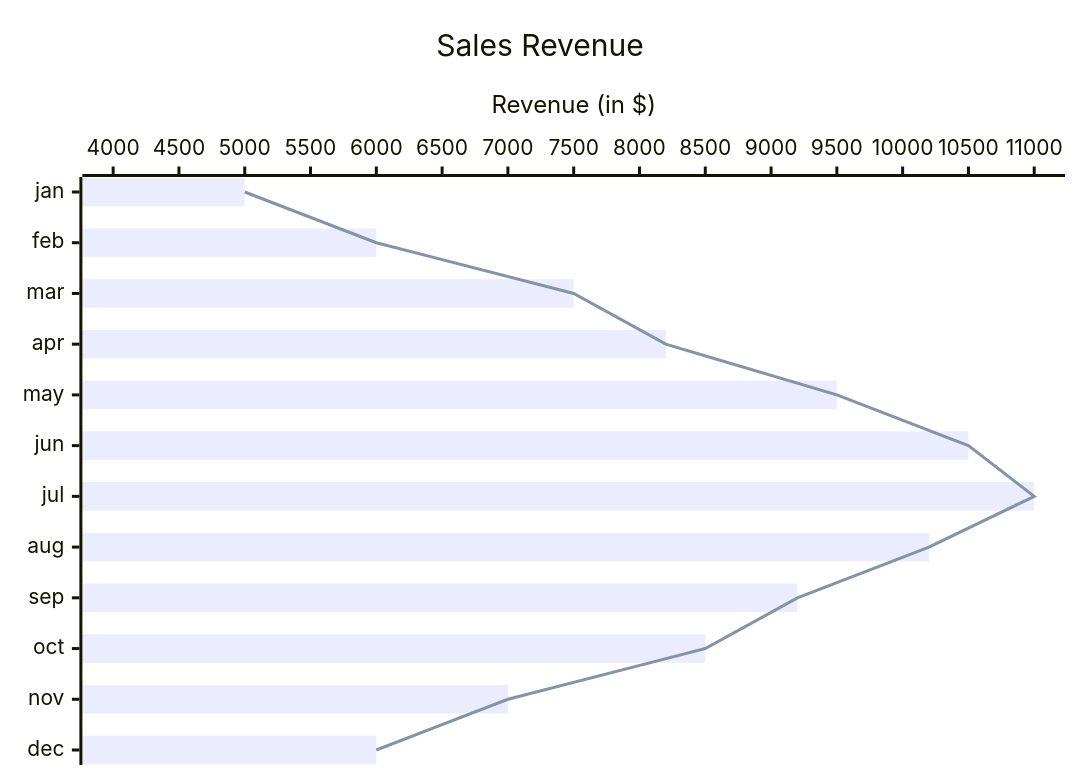
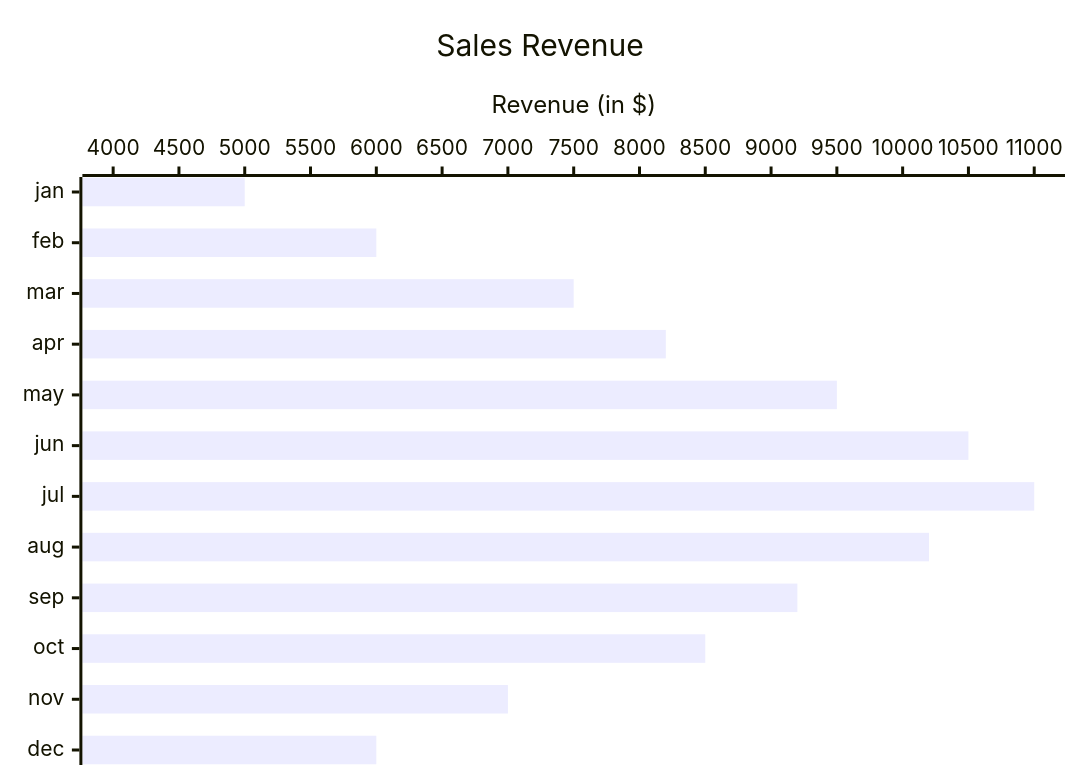
The second of 2 diagrams in articles-posts/economic-sentiment-zaf.md (Tellusant/docs), drawn with Mermaid before and after one commit.

```diff
--- a/articles-posts/economic-sentiment-zaf.md
+++ b/articles-posts/economic-sentiment-zaf.md
@@ -59,10 +59,10 @@
 <div class="mermaid">
 
 xychart horizontal
     title "Sales Revenue"
     x-axis [jan, feb, mar, apr, may, jun, jul, aug, sep, oct, nov, dec]
     y-axis "Revenue (in $)" 4000 --> 11000
     bar [5000, 6000, 7500, 8200, 9500, 10500, 11000, 10200, 9200, 8500, 7000, 6000]
-    line [5000, 6000, 7500, 8200, 9500, 10500, 11000, 10200, 9200, 8500, 7000, 6000]
+  
 
     </div>
```
